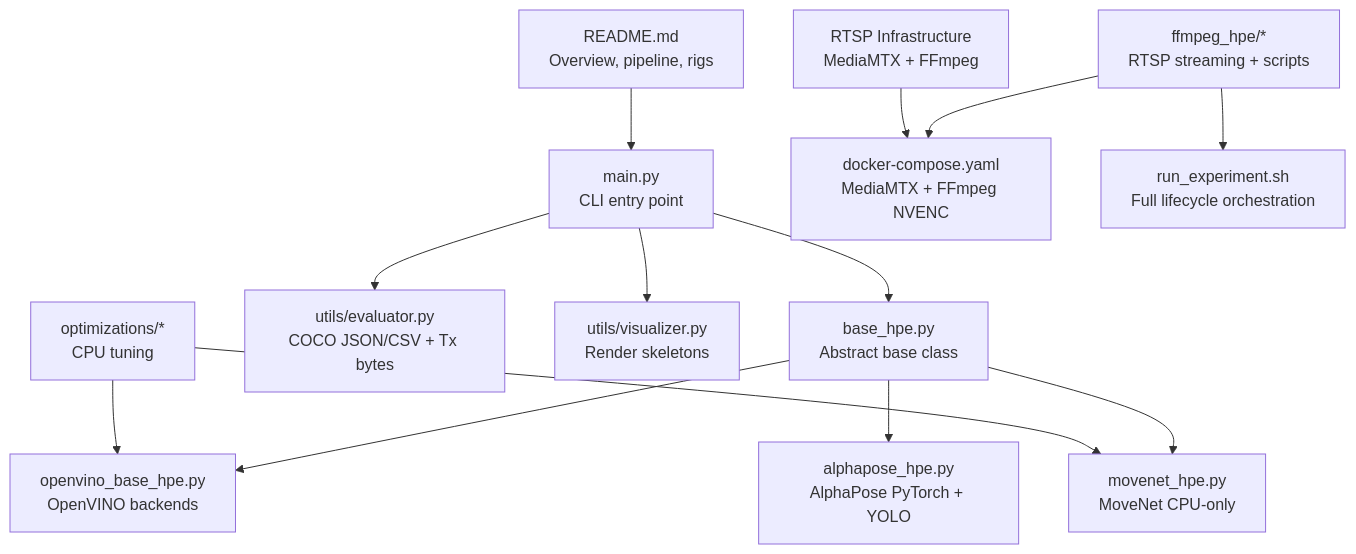
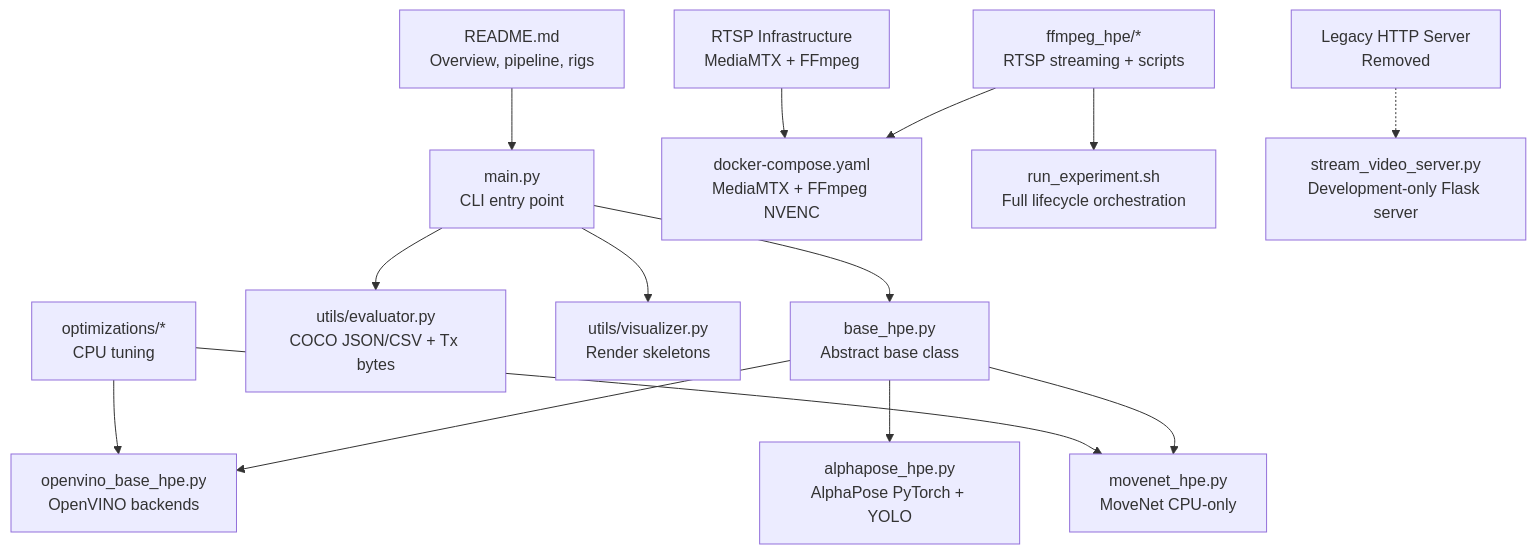
One commit to Fogus-Gr/MeasurementsDTs changed the first of 8 diagrams in .qoder/repowiki/en/content/Getting Started/Session Report 2026-05-06.md. Above: the diagram before and after it, drawn with Mermaid. The commit also changed other lines of this file and 4 other files, not shown here.

````diff
--- a/.qoder/repowiki/en/content/Getting Started/Session Report 2026-05-06.md
+++ b/.qoder/repowiki/en/content/Getting Started/Session Report 2026-05-06.md
@@ -55,15 +58,16 @@
 ```mermaid
 graph TB
 A["README.md<br/>Overview, pipeline, rigs"] --> B["main.py<br/>CLI entry point"]
 B --> C["base_hpe.py<br/>Abstract base class"]
 C --> D["openvino_base_hpe.py<br/>OpenVINO backends"]
 C --> E["movenet_hpe.py<br/>MoveNet CPU-only"]
 C --> F["alphapose_hpe.py<br/>AlphaPose PyTorch + YOLO"]
 B --> G["utils/evaluator.py<br/>COCO JSON/CSV + Tx bytes"]
 B --> H["utils/visualizer.py<br/>Render skeletons"]
 I["optimizations/*<br/>CPU tuning"] --> D
 I --> E
 J["ffmpeg_hpe/*<br/>RTSP streaming + scripts"] --> K["docker-compose.yaml<br/>MediaMTX + FFmpeg NVENC"]
 J --> L["run_experiment.sh<br/>Full lifecycle orchestration"]
 M["RTSP Infrastructure<br/>MediaMTX + FFmpeg"] --> K
+N["Legacy HTTP Server<br/>Removed"] -.-> O["stream_video_server.py<br/>Development-only Flask server"]
 ```
````
